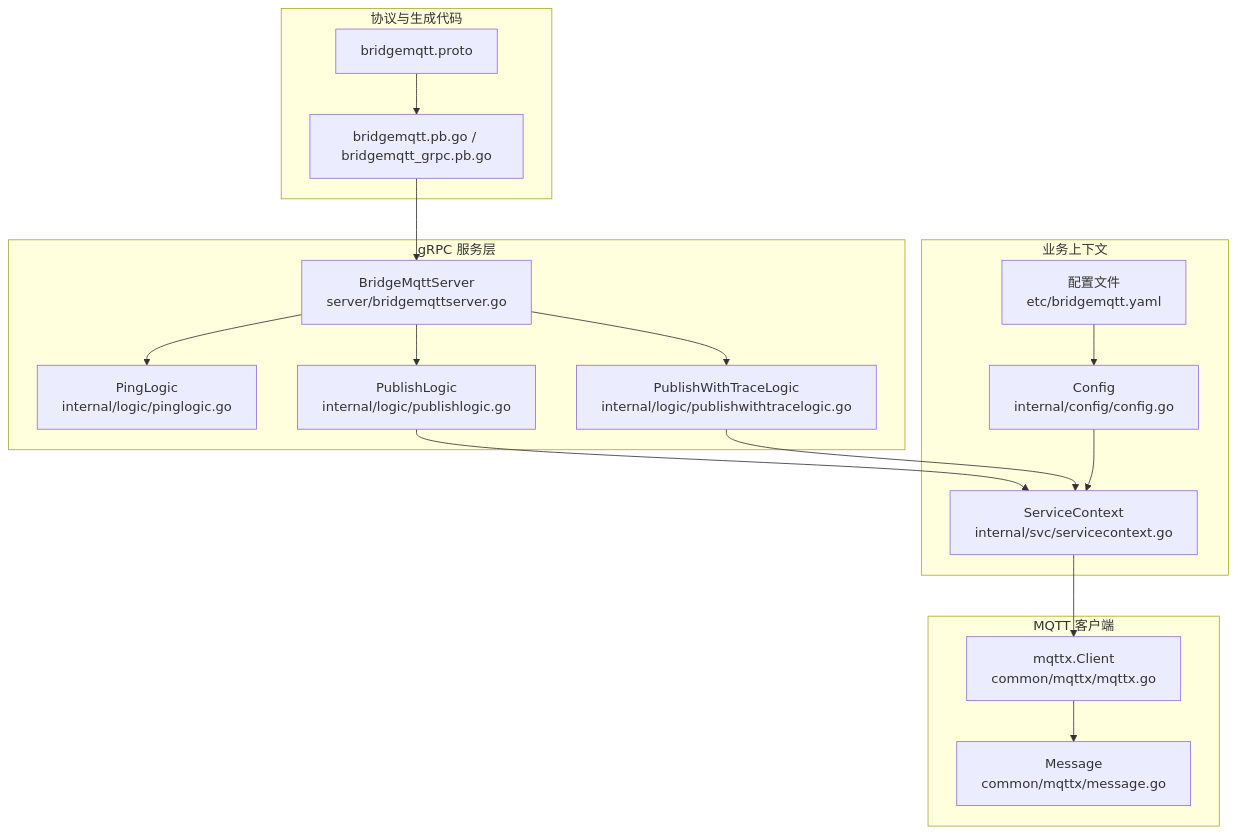
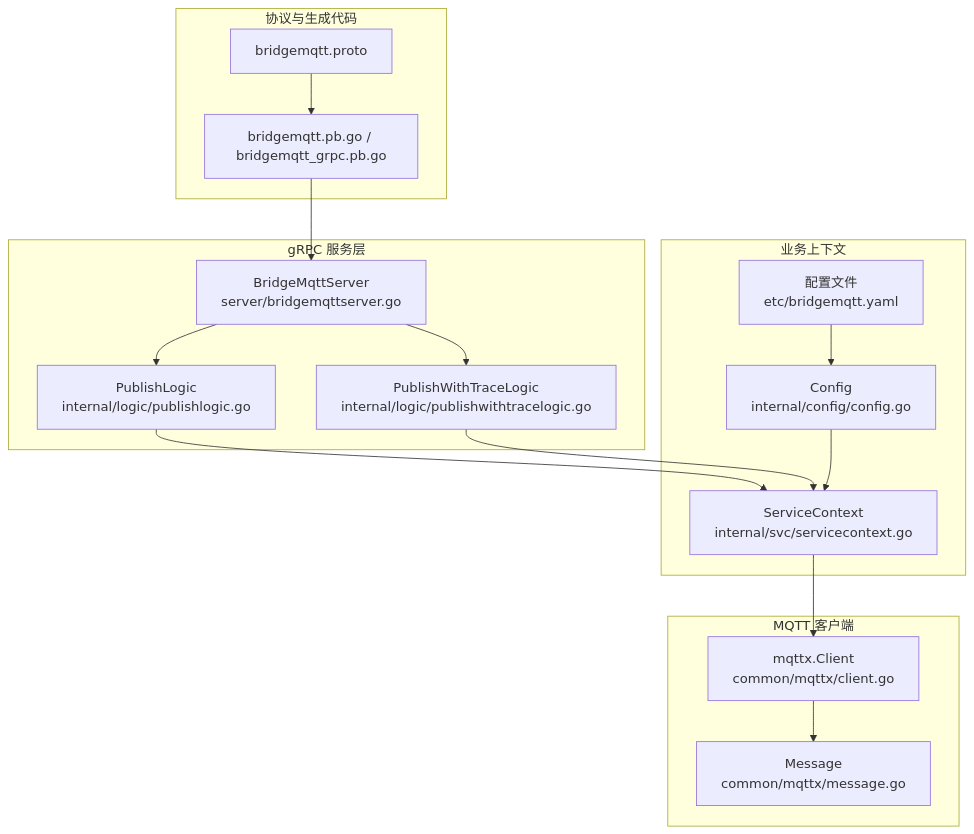
Before and after one commit to maomao94/zero-service: the first of 5 diagrams in .qoder/repowiki/zh/content/核心服务详解/MQTT 协议桥接服务/MQTT API 接口参考.md, drawn with Mermaid. The commit also changed other lines of this file and 59 other files, not shown here.

````diff
--- a/.qoder/repowiki/zh/content/核心服务详解/MQTT 协议桥接服务/MQTT API 接口参考.md
+++ b/.qoder/repowiki/zh/content/核心服务详解/MQTT 协议桥接服务/MQTT API 接口参考.md
@@ -46,33 +55,31 @@
 ```mermaid
 graph TB
 subgraph "gRPC 服务层"
 S["BridgeMqttServer<br/>server/bridgemqttserver.go"]
-L1["PingLogic<br/>internal/logic/pinglogic.go"]
 L2["PublishLogic<br/>internal/logic/publishlogic.go"]
 L3["PublishWithTraceLogic<br/>internal/logic/publishwithtracelogic.go"]
 end
 subgraph "业务上下文"
 Ctx["ServiceContext<br/>internal/svc/servicecontext.go"]
 Conf["Config<br/>internal/config/config.go"]
 Yaml["配置文件<br/>etc/bridgemqtt.yaml"]
 end
 subgraph "MQTT 客户端"
-Mqtt["mqttx.Client<br/>common/mqttx/mqttx.go"]
+Mqtt["mqttx.Client<br/>common/mqttx/client.go"]
 Msg["Message<br/>common/mqttx/message.go"]
 end
 subgraph "协议与生成代码"
 Proto["bridgemqtt.proto"]
 PB["bridgemqtt.pb.go / bridgemqtt_grpc.pb.go"]
 end
 Proto --> PB
 PB --> S
-S --> L1
 S --> L2
 S --> L3
 L2 --> Ctx
 L3 --> Ctx
 Ctx --> Mqtt
 Mqtt --> Msg
 Conf --> Ctx
 Yaml --> Conf
 ```
````
